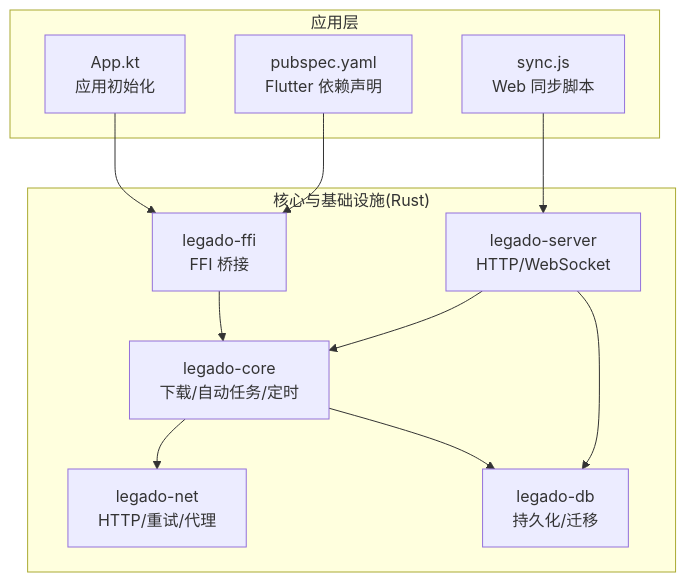
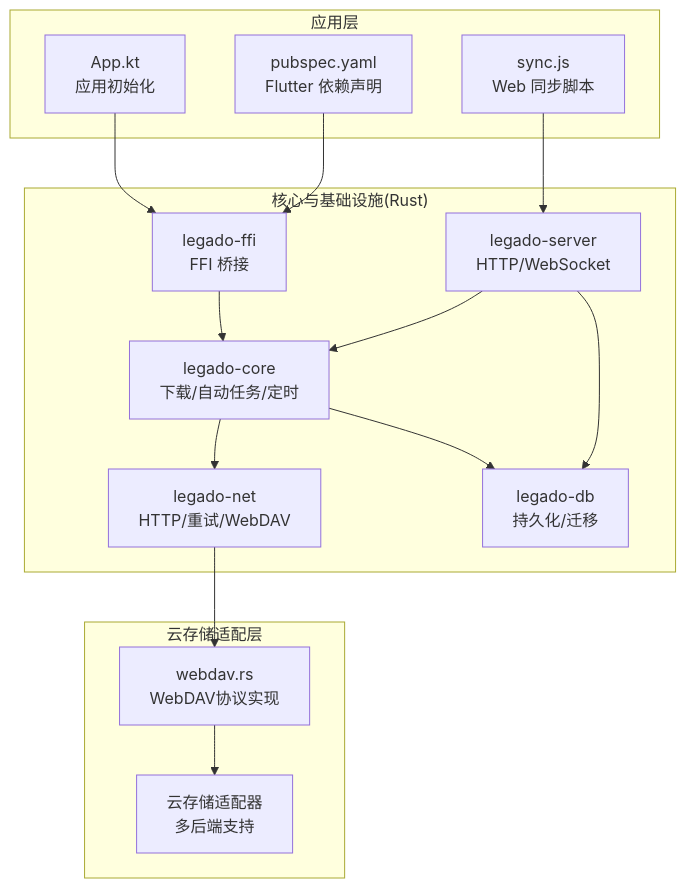
The first of 11 diagrams in .qoder/repowiki/zh/content/架构设计/分层架构设计/数据访问层/数据同步机制.md (ZhangGHGitHub/LegadoTeamFlutter), drawn with Mermaid before and after one commit. The commit also changed other lines of this file and 66 other files, not shown here.

````diff
--- a/.qoder/repowiki/zh/content/架构设计/分层架构设计/数据访问层/数据同步机制.md
+++ b/.qoder/repowiki/zh/content/架构设计/分层架构设计/数据访问层/数据同步机制.md
@@ -40,23 +51,29 @@
 ```mermaid
 graph TB
 subgraph "应用层"
 APP["App.kt<br/>应用初始化"]
 WEB["sync.js<br/>Web 同步脚本"]
 FLUTTER["pubspec.yaml<br/>Flutter 依赖声明"]
 end
 subgraph "核心与基础设施(Rust)"
 CORE["legado-core<br/>下载/自动任务/定时"]
-NET["legado-net<br/>HTTP/重试/代理"]
+NET["legado-net<br/>HTTP/重试/WebDAV"]
 DB["legado-db<br/>持久化/迁移"]
 SERVER["legado-server<br/>HTTP/WebSocket"]
 FFI["legado-ffi<br/>FFI 桥接"]
+end
+subgraph "云存储适配层"
+WEBDAV["webdav.rs<br/>WebDAV协议实现"]
+CLOUD["云存储适配器<br/>多后端支持"]
 end
 APP --> FFI
 WEB --> SERVER
 FLUTTER --> FFI
 FFI --> CORE
 CORE --> NET
 CORE --> DB
 SERVER --> CORE
 SERVER --> DB
+NET --> WEBDAV
+WEBDAV --> CLOUD
 ```
````
